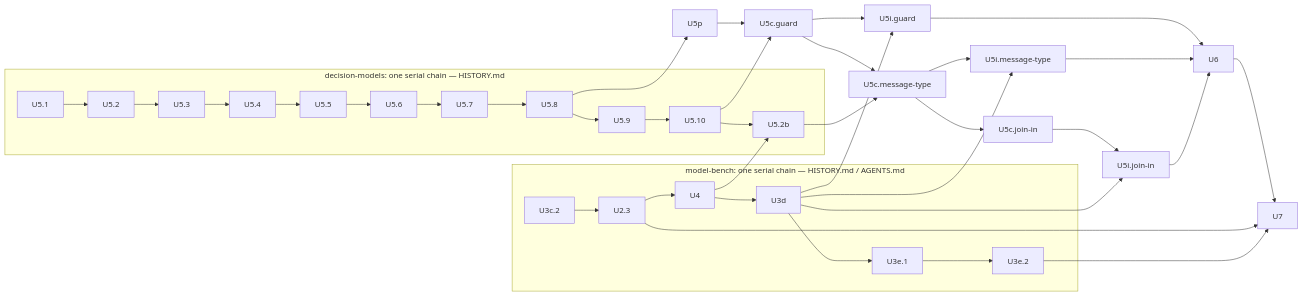
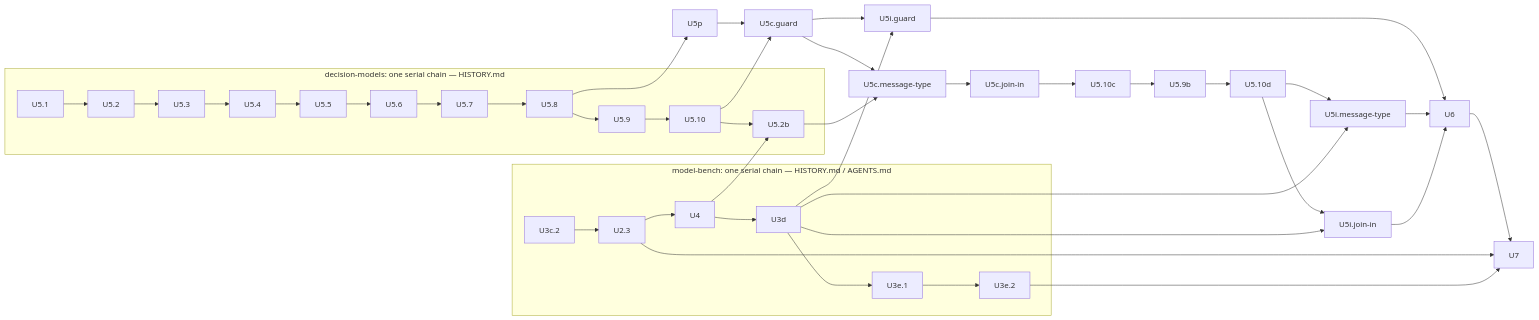
Before and after one commit to mauriciobs666/graphmind-ai-lab: the diagram in docs/plans/typed-decision-models4.md, drawn with Mermaid. The commit also changed other lines of this file and 14 other files, not shown here.

````diff
--- a/docs/plans/typed-decision-models4.md
+++ b/docs/plans/typed-decision-models4.md
@@ -478,17 +518,18 @@
 ```mermaid
 flowchart LR
   subgraph MB[model-bench: one serial chain — HISTORY.md / AGENTS.md]
     U3c2[U3c.2] --> U23[U2.3] --> U4 --> U3d --> U3e1[U3e.1] --> U3e2[U3e.2]
   end
   subgraph DM[decision-models: one serial chain — HISTORY.md]
     U51[U5.1] --> U52[U5.2] --> U53[U5.3] --> U54[U5.4] --> U55[U5.5] --> U56[U5.6] --> U57[U5.7] --> U58[U5.8] --> U59[U5.9] --> U510[U5.10] --> U52b[U5.2b]
   end
   U58 --> U5p --> U5cg[U5c.guard]
   U510 --> U5cg --> U5cm[U5c.message-type] --> U5cj[U5c.join-in]
   U4 --> U52b --> U5cm
+  U5cj --> U510c[U5.10c] --> U59b[U5.9b] --> U510d[U5.10d]
   U5cg & U3d --> U5ig[U5i.guard]
-  U5cm & U3d --> U5im[U5i.message-type]
-  U5cj & U3d --> U5ij[U5i.join-in]
+  U510d & U3d --> U5im[U5i.message-type]
+  U510d & U3d --> U5ij[U5i.join-in]
   U5ig & U5im & U5ij --> U6 --> U7
   U23 & U3e2 --> U7
 ```
````
